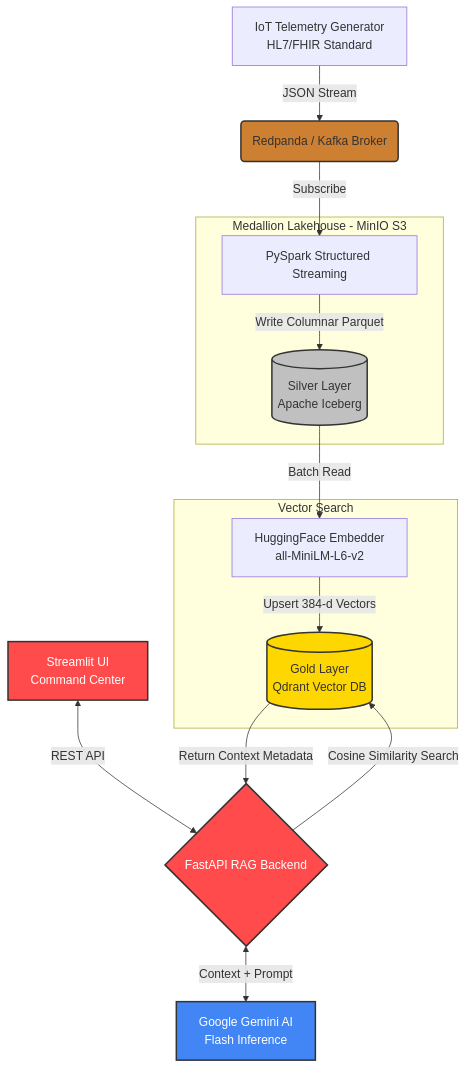
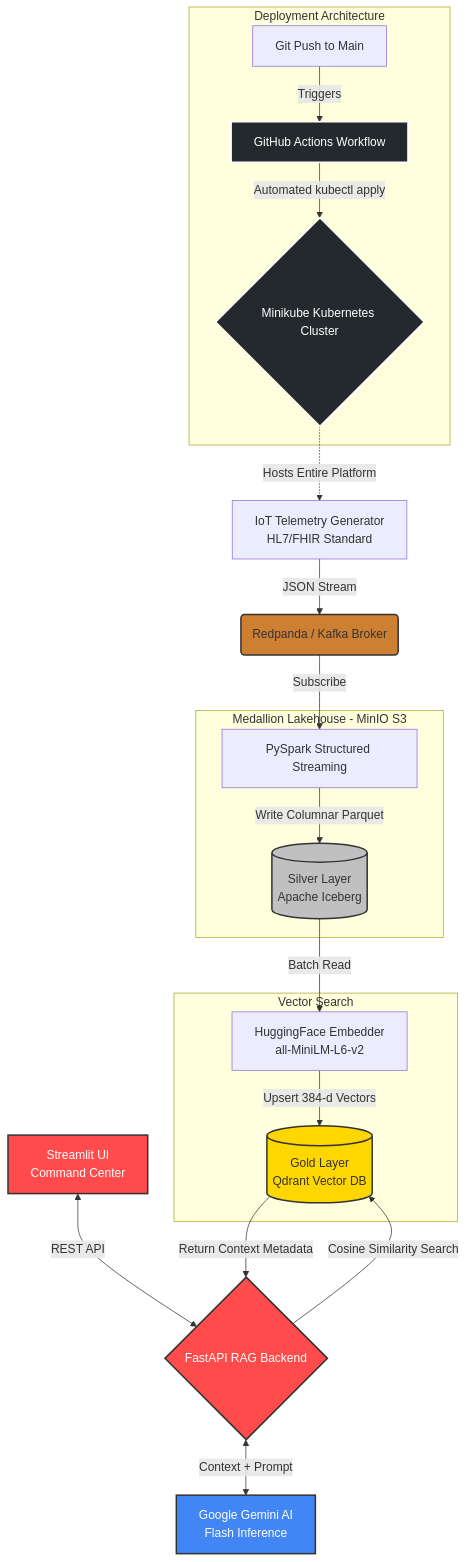
The diagram in README.md (harshithbhushan/the-vital-pulse), drawn with Mermaid before and after one commit.

Commit message:
docs: add GitHub Actions CI/CD layer to architecture diagram

````diff
--- a/README.md
+++ b/README.md
@@ -14,37 +14,49 @@
 ```mermaid
 graph TD
     %% Define Styles
     classDef bronze fill:#cd7f32,stroke:#333,stroke-width:2px;
     classDef silver fill:#c0c0c0,stroke:#333,stroke-width:2px;
     classDef gold fill:#ffd700,stroke:#333,stroke-width:2px;
     classDef ai fill:#4285F4,stroke:#333,stroke-width:2px,color:white;
     classDef app fill:#FF4B4B,stroke:#333,stroke-width:2px,color:white;
+    classDef devops fill:#24292e,stroke:#fff,stroke-width:2px,color:white;
+
+    %% DevOps & CI/CD Layer
+    subgraph DevOps [Deployment Architecture]
+        Dev[Git Push to Main] -->|Triggers| CI[GitHub Actions Workflow]
+        CI -->|Automated kubectl apply| K8s{Minikube Kubernetes Cluster}
+    end
+
+    %% Connect Infrastructure to Cluster
+    K8s -.->|Hosts Entire Platform| A
 
     %% Nodes
     A[IoT Telemetry Generator<br>HL7/FHIR Standard] -->|JSON Stream| B(Redpanda / Kafka Broker)
     B -->|Subscribe| C[PySpark Structured Streaming]
     
     subgraph Lakehouse [Medallion Lakehouse - MinIO S3]
         C -->|Write Columnar Parquet| D[(Silver Layer<br>Apache Iceberg)]
     end
 
     D -->|Batch Read| E[HuggingFace Embedder<br>all-MiniLM-L6-v2]
     
     subgraph Vector Search
         E -->|Upsert 384-d Vectors| F[(Gold Layer<br>Qdrant Vector DB)]
     end
 
     G[Streamlit UI<br>Command Center] <-->|REST API| H{FastAPI RAG Backend}
     H -->|Cosine Similarity Search| F
     F -->|Return Context Metadata| H
     H <-->|Context + Prompt| I[Google Gemini AI<br>Flash Inference]
     
     %% Apply Styles
     B:::bronze
     D:::silver
     F:::gold
     I:::ai
     G:::app
     H:::app
+    CI:::devops
+    K8s:::devops
 
 ```
````
